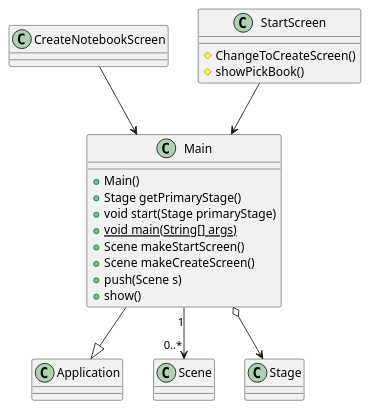
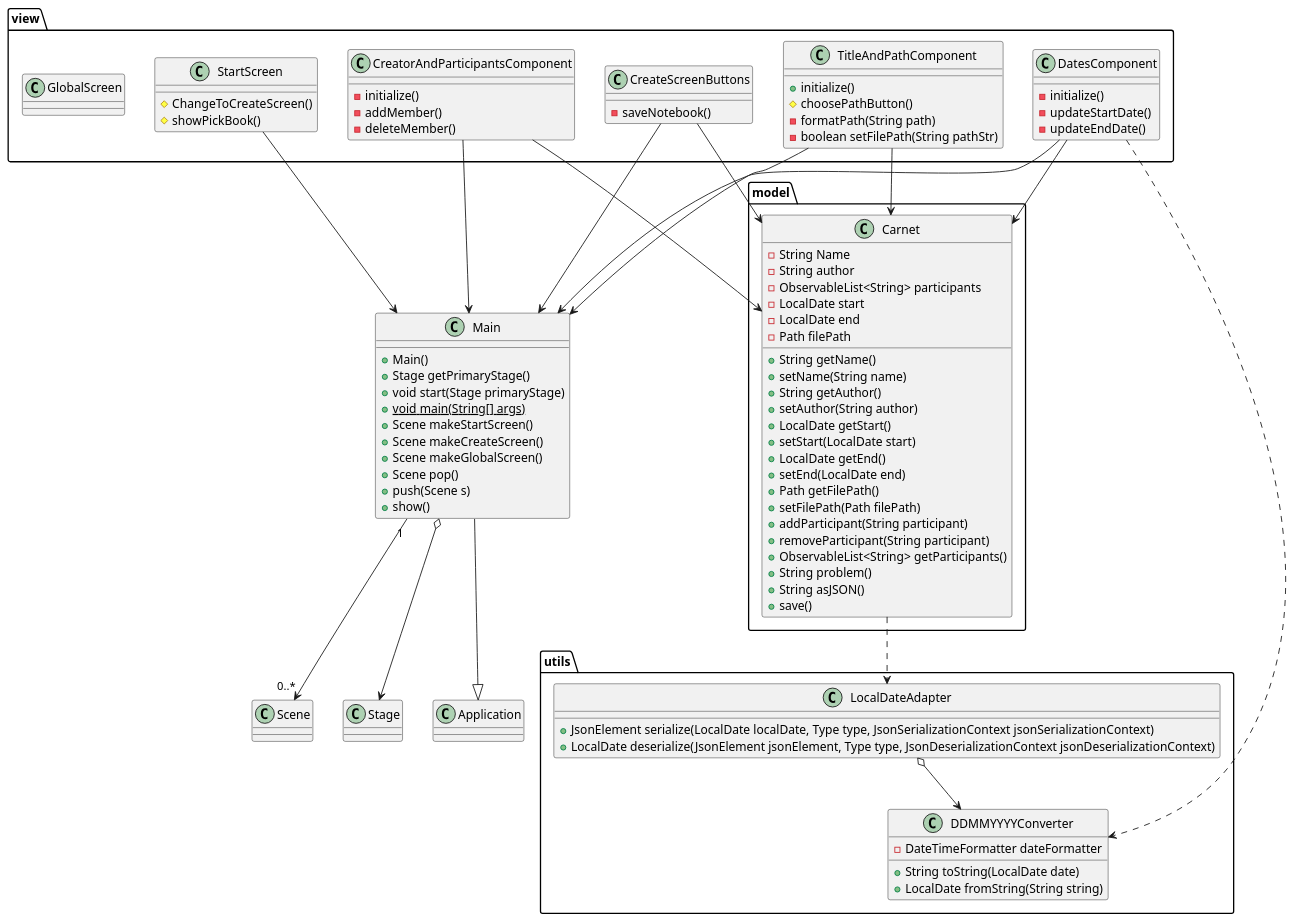
One commit to LucasEBSkora/lab2-PCD changed the diagram in class-diagram.puml. Above: the diagram before and after it, drawn with PlantUML. The commit also changed 21 other files, not shown here.

```diff
--- a/class-diagram.puml
+++ b/class-diagram.puml
@@ -1,27 +1,104 @@
 @startuml
 'https://plantuml.com/class-diagram
 
 Main --|> Application
 class Main {
     + Main()
     + Stage getPrimaryStage()
     + void start(Stage primaryStage)
     + {static} void main(String[] args)
     + Scene makeStartScreen()
     + Scene makeCreateScreen()
+    + Scene makeGlobalScreen()
+    + Scene pop()
     + push(Scene s)
     + show()
 }
 Main "1" --> "0..*" Scene
 Main o--> Stage
 
-class CreateNotebookScreen {
+package model {
+    class Carnet {
+        - String Name
+        - String author
+        - ObservableList<String> participants
+        - LocalDate start
+        - LocalDate end
+        - Path filePath
+        + String getName()
+        + setName(String name)
+        + String getAuthor()
+        + setAuthor(String author)
+        + LocalDate getStart()
+        + setStart(LocalDate start)
+        + LocalDate getEnd()
+        + setEnd(LocalDate end)
+        + Path getFilePath()
+        + setFilePath(Path filePath)
+        + addParticipant(String participant)
+        + removeParticipant(String participant)
+        + ObservableList<String> getParticipants()
+        + String problem()
+        + String asJSON()
+        + save()
+    }
+
 }
-CreateNotebookScreen --> Main
+view.DatesComponent ..> utils.DDMMYYYYConverter
+model.Carnet ..> utils.LocalDateAdapter
+package utils {
+    class DDMMYYYYConverter {
+        - DateTimeFormatter dateFormatter
+        + String toString(LocalDate date)
+        + LocalDate fromString(String string)
+    }
+    LocalDateAdapter o--> DDMMYYYYConverter
+    class LocalDateAdapter {
+                + JsonElement serialize(LocalDate localDate, Type type, JsonSerializationContext jsonSerializationContext)
+                + LocalDate deserialize(JsonElement jsonElement, Type type, JsonDeserializationContext jsonDeserializationContext)
+    }
 
-class StartScreen {
-    # ChangeToCreateScreen()
-    # showPickBook()
 }
-StartScreen --> Main
+
+package view {
+    class CreateScreenButtons {
+        - saveNotebook()
+    }
+    CreateScreenButtons --> Main
+    CreateScreenButtons --> Carnet
+
+    class CreatorAndParticipantsComponent {
+        - initialize()
+        - addMember()
+        - deleteMember()
+    }
+    CreatorAndParticipantsComponent --> Main
+    CreatorAndParticipantsComponent --> Carnet
+
+    class DatesComponent {
+        - initialize()
+        - updateStartDate()
+        - updateEndDate()
+    }
+    DatesComponent --> Main
+    DatesComponent --> Carnet
+
+    class TitleAndPathComponent {
+        + initialize()
+        # choosePathButton()
+        - formatPath(String path)
+        - boolean setFilePath(String pathStr)
+    }
+    TitleAndPathComponent --> Main
+    TitleAndPathComponent --> Carnet
+
+    class StartScreen {
+        # ChangeToCreateScreen()
+        # showPickBook()
+    }
+    StartScreen --> Main
+
+    class GlobalScreen
+}
+
 @enduml
```
